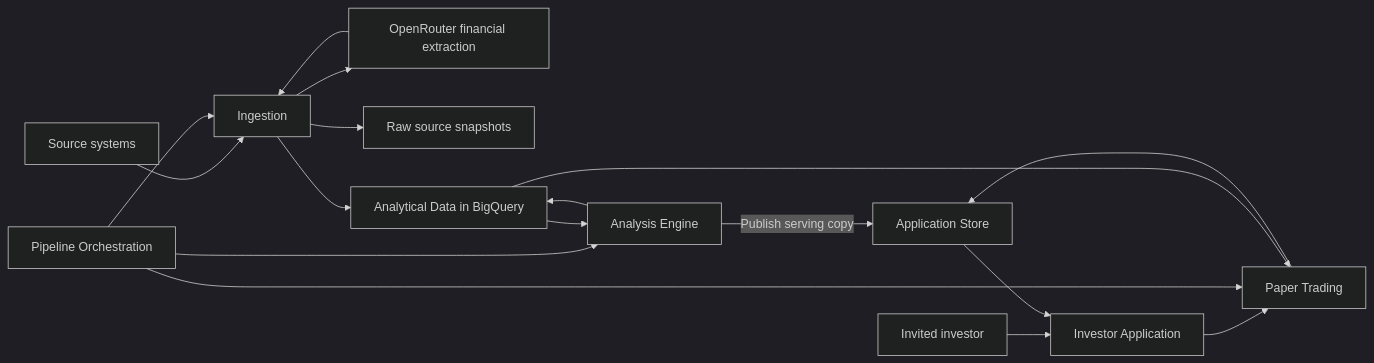
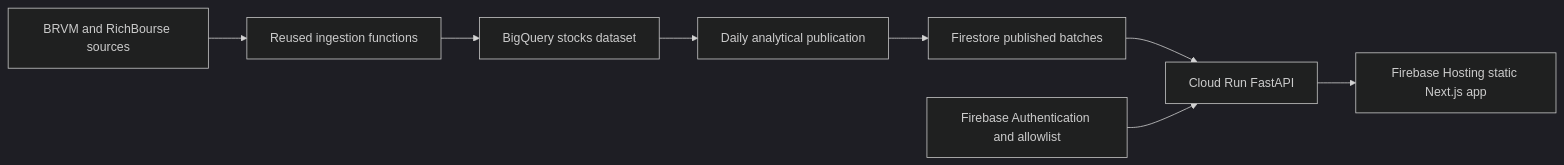
One commit to issacamara/tradvisor changed the diagram in planning/public/architecture.md. Above: the diagram before and after it, drawn with Mermaid (dark theme). The commit also changed other lines of this file and 118 other files, not shown here.

````diff
--- a/planning/public/architecture.md
+++ b/planning/public/architecture.md
@@ -109,19 +16,10 @@
 ```mermaid
 flowchart LR
-  S[Source systems] --> I[Ingestion]
-  I --> X[OpenRouter financial extraction]
-  X --> I
-  O[Pipeline Orchestration] --> I
-  I --> R[Raw source snapshots]
-  I --> B[Analytical Data in BigQuery]
-  O --> E[Analysis Engine]
-  B --> E
-  E --> B
-  U[Invited investor] --> A[Investor Application]
-  E -->|Publish serving copy| D
-  D --> A
-  A --> P[Paper Trading]
-  P --> D[Application Store]
-  O --> P
-  B --> P
+  Sources[BRVM and RichBourse sources] --> Ingestion[Reused ingestion functions]
+  Ingestion --> BQ[BigQuery stocks dataset]
+  BQ --> Analysis[Daily analytical publication]
+  Analysis --> Serving[Firestore published batches]
+  Serving --> API[Cloud Run FastAPI]
+  API --> Web[Firebase Hosting static Next.js app]
+  Auth[Firebase Authentication and allowlist] --> API
 ```
````
